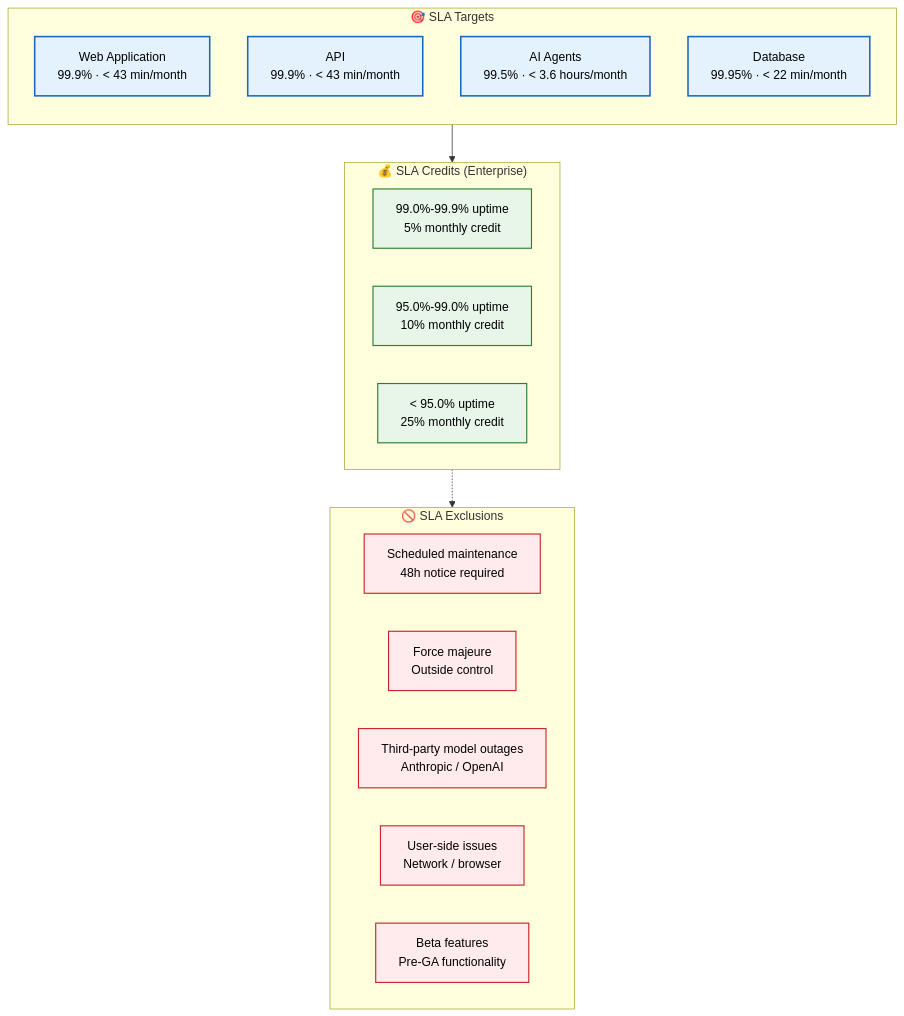
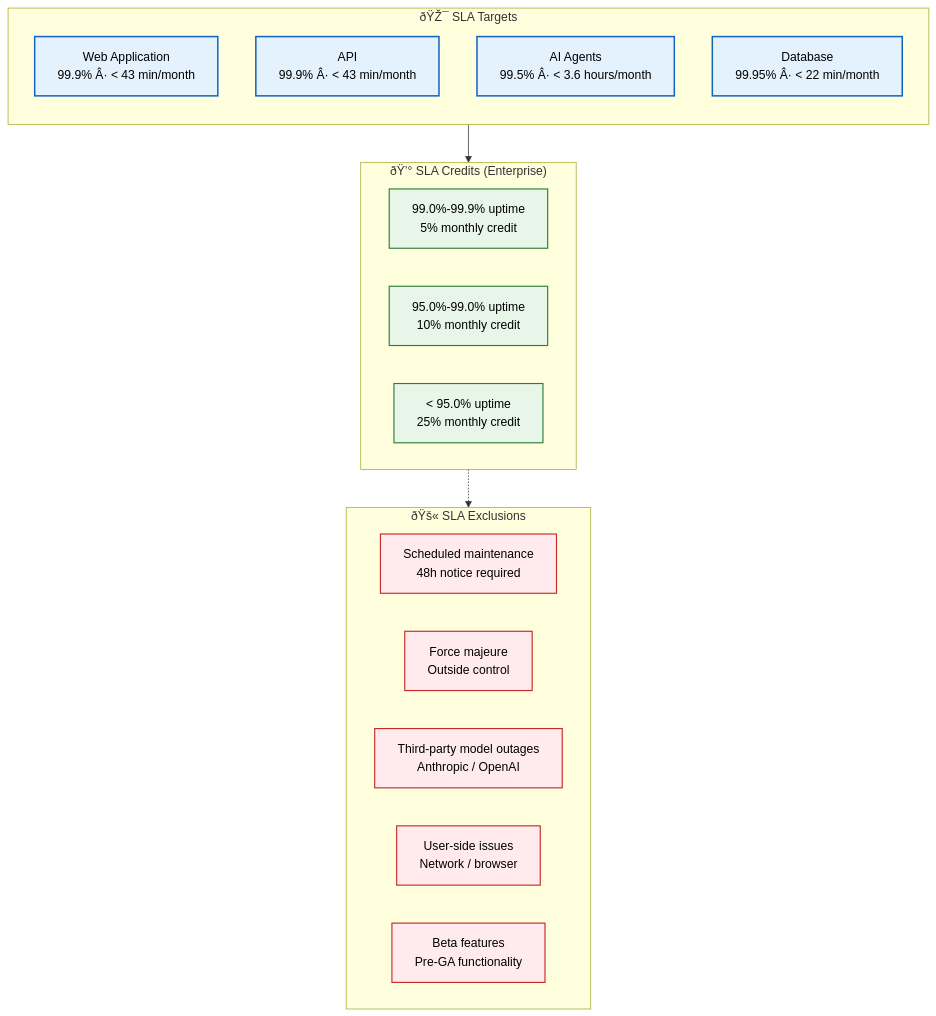
One commit to Driftloom/Vaeloom changed the diagram in Docs/Operations/SLA.md. Above: the diagram before and after it, drawn with Mermaid. The commit also changed other lines of this file and 249 other files, not shown here.

````diff
--- a/Docs/Operations/SLA.md
+++ b/Docs/Operations/SLA.md
@@ -8,35 +8,35 @@
 ```mermaid
 graph TD
     classDef target fill:#e3f2fd,stroke:#1565c0,color:#000,stroke-width:2px
     classDef credit fill:#e8f5e9,stroke:#2e7d32,color:#000,stroke-width:1.5px
     classDef exclude fill:#ffebee,stroke:#c62828,color:#000,stroke-width:1.5px
 
-    subgraph Targets["🎯 SLA Targets"]
+    subgraph Targets["ðŸŽ¯ SLA Targets"]
         direction TB
-        T1["Web Application<br/>99.9% · < 43 min/month"]
-        T2["API<br/>99.9% · < 43 min/month"]
-        T3["AI Agents<br/>99.5% · < 3.6 hours/month"]
-        T4["Database<br/>99.95% · < 22 min/month"]
+        T1["Web Application<br/>99.9% Â· < 43 min/month"]
+        T2["API<br/>99.9% Â· < 43 min/month"]
+        T3["AI Agents<br/>99.5% Â· < 3.6 hours/month"]
+        T4["Database<br/>99.95% Â· < 22 min/month"]
     end
 
-    subgraph Credits["💰 SLA Credits (Enterprise)"]
+    subgraph Credits["ðŸ’° SLA Credits (Enterprise)"]
         C1["99.0%-99.9% uptime<br/>5% monthly credit"]
         C2["95.0%-99.0% uptime<br/>10% monthly credit"]
         C3["< 95.0% uptime<br/>25% monthly credit"]
     end
 
-    subgraph Exclusions["🚫 SLA Exclusions"]
+    subgraph Exclusions["ðŸš« SLA Exclusions"]
         E1["Scheduled maintenance<br/>48h notice required"]
         E2["Force majeure<br/>Outside control"]
         E3["Third-party model outages<br/>Anthropic / OpenAI"]
         E4["User-side issues<br/>Network / browser"]
         E5["Beta features<br/>Pre-GA functionality"]
     end
 
     Targets --> Credits
     Credits -.-> Exclusions
 
     class T1,T2,T3,T4 target
     class C1,C2,C3 credit
     class E1,E2,E3,E4,E5 exclude
 ```
````
